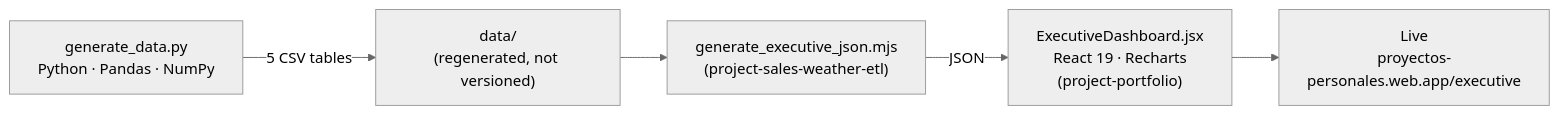
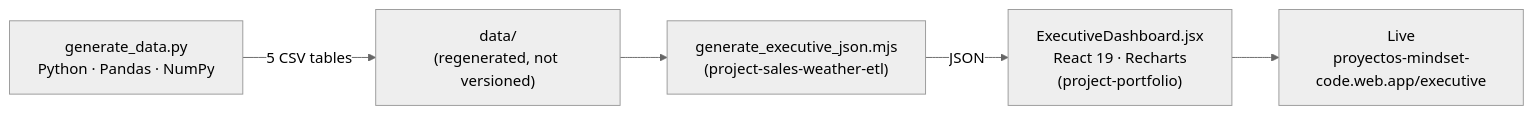
The first of 2 diagrams in README.md (Guillermo1987/project-executive-dashboard-data), drawn with Mermaid (neutral theme) before and after one commit. The commit also changed other lines of this file, not shown here.

````diff
--- a/README.md
+++ b/README.md
@@ -71,7 +71,7 @@
 ```mermaid
 flowchart LR
     A["generate_data.py<br/>Python · Pandas · NumPy"] -->|"5 CSV tables"| B["data/<br/>(regenerated, not versioned)"]
     B --> C["generate_executive_json.mjs<br/>(project-sales-weather-etl)"]
     C -->|"JSON"| D["ExecutiveDashboard.jsx<br/>React 19 · Recharts<br/>(project-portfolio)"]
-    D --> E["Live<br/>proyectos-personales.web.app/executive"]
+    D --> E["Live<br/>proyectos-mindset-code.web.app/executive"]
 ```
````
